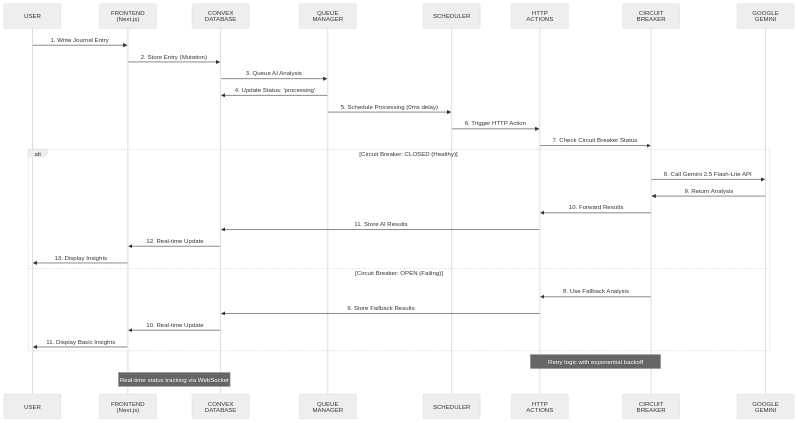
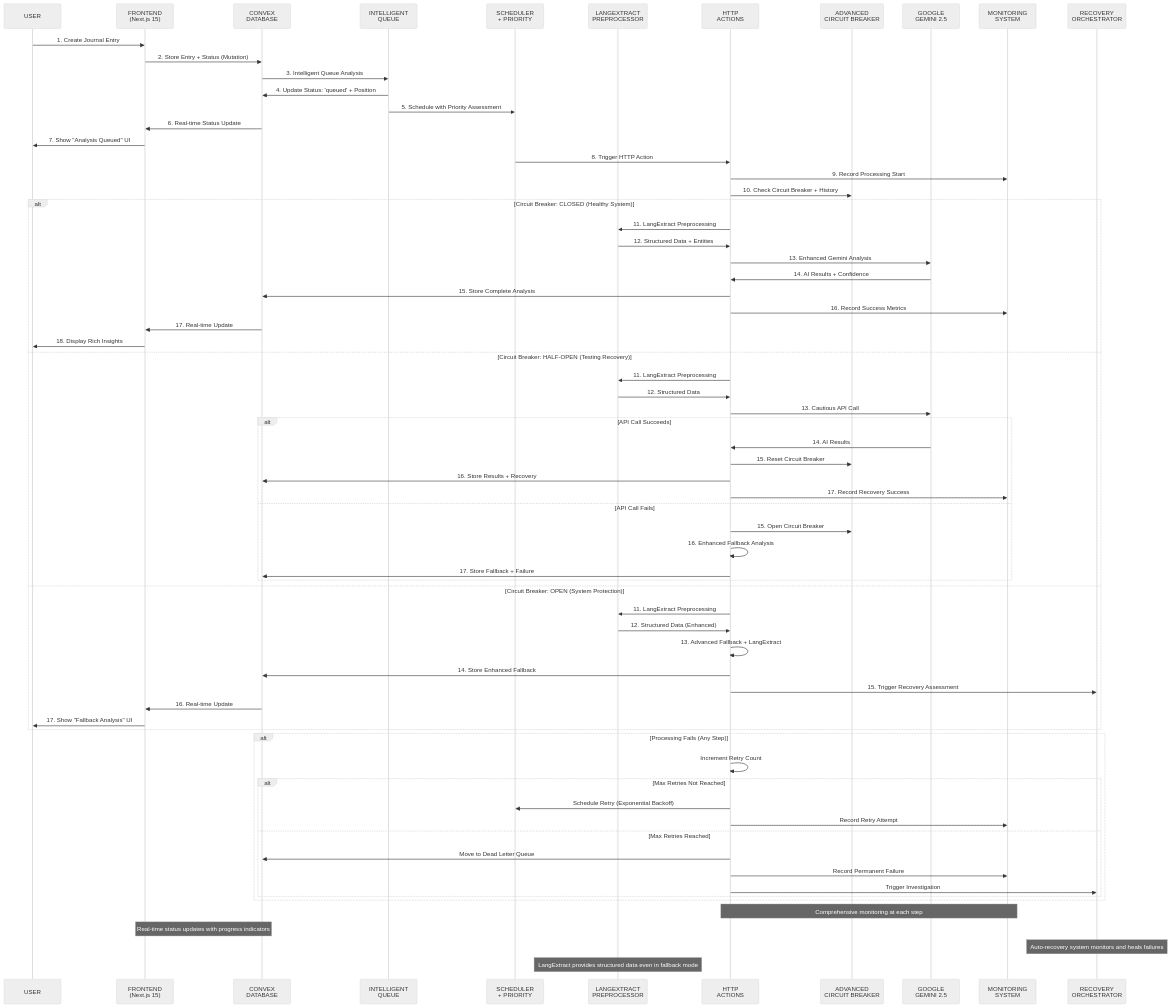
Before and after one commit to tcynic/resonant: the second of 10 diagrams in docs/architecture/system-architecture.md, drawn with Mermaid (neutral theme). The commit also changed other lines of this file and 15 other files, not shown here.

First line of the commit message:
feat: Update documentation to reflect production architecture and LangExtract integration

````diff
--- a/docs/architecture/system-architecture.md
+++ b/docs/architecture/system-architecture.md
@@ -69,37 +107,76 @@
 ```mermaid
 sequenceDiagram
     participant U as USER
-    participant F as FRONTEND<br/>(Next.js)
+    participant F as FRONTEND<br/>(Next.js 15)
     participant C as CONVEX<br/>DATABASE
-    participant Q as QUEUE<br/>MANAGER
-    participant S as SCHEDULER
+    participant Q as INTELLIGENT<br/>QUEUE
+    participant S as SCHEDULER<br/>+ PRIORITY
+    participant LE as LANGEXTRACT<br/>PREPROCESSOR
     participant H as HTTP<br/>ACTIONS
-    participant CB as CIRCUIT<br/>BREAKER
-    participant G as GOOGLE<br/>GEMINI
+    participant CB as ADVANCED<br/>CIRCUIT BREAKER
+    participant G as GOOGLE<br/>GEMINI 2.5
+    participant M as MONITORING<br/>SYSTEM
+    participant R as RECOVERY<br/>ORCHESTRATOR
 
-    U->>F: 1. Write Journal Entry
-    F->>C: 2. Store Entry (Mutation)
-    C->>Q: 3. Queue AI Analysis
-    Q->>C: 4. Update Status: 'processing'
-    Q->>S: 5. Schedule Processing (0ms delay)
+    U->>F: 1. Create Journal Entry
+    F->>C: 2. Store Entry + Status (Mutation)
+    C->>Q: 3. Intelligent Queue Analysis
+    Q->>C: 4. Update Status: 'queued' + Position
+    Q->>S: 5. Schedule with Priority Assessment
+    C->>F: 6. Real-time Status Update
+    F->>U: 7. Show "Analysis Queued" UI
 
-    S->>H: 6. Trigger HTTP Action
-    H->>CB: 7. Check Circuit Breaker Status
+    S->>H: 8. Trigger HTTP Action
+    H->>M: 9. Record Processing Start
+    H->>CB: 10. Check Circuit Breaker + History
 
-    alt Circuit Breaker: CLOSED (Healthy)
-        CB->>G: 8. Call Gemini 2.5 Flash-Lite API
-        G->>CB: 9. Return Analysis
-        CB->>H: 10. Forward Results
-        H->>C: 11. Store AI Results
-        C->>F: 12. Real-time Update
-        F->>U: 13. Display Insights
-    else Circuit Breaker: OPEN (Failing)
-        CB->>H: 8. Use Fallback Analysis
-        H->>C: 9. Store Fallback Results
-        C->>F: 10. Real-time Update
-        F->>U: 11. Display Basic Insights
+    alt Circuit Breaker: CLOSED (Healthy System)
+        H->>LE: 11. LangExtract Preprocessing
+        LE->>H: 12. Structured Data + Entities
+        H->>G: 13. Enhanced Gemini Analysis
+        G->>H: 14. AI Results + Confidence
+        H->>C: 15. Store Complete Analysis
+        H->>M: 16. Record Success Metrics
+        C->>F: 17. Real-time Update
+        F->>U: 18. Display Rich Insights
+    else Circuit Breaker: HALF-OPEN (Testing Recovery)
+        H->>LE: 11. LangExtract Preprocessing
+        LE->>H: 12. Structured Data
+        H->>G: 13. Cautious API Call
+        alt API Call Succeeds
+            G->>H: 14. AI Results
+            H->>CB: 15. Reset Circuit Breaker
+            H->>C: 16. Store Results + Recovery
+            H->>M: 17. Record Recovery Success
+        else API Call Fails
+            H->>CB: 15. Open Circuit Breaker
+            H->>H: 16. Enhanced Fallback Analysis
+            H->>C: 17. Store Fallback + Failure
+        end
+    else Circuit Breaker: OPEN (System Protection)
+        H->>LE: 11. LangExtract Preprocessing
+        LE->>H: 12. Structured Data (Enhanced)
+        H->>H: 13. Advanced Fallback + LangExtract
+        H->>C: 14. Store Enhanced Fallback
+        H->>R: 15. Trigger Recovery Assessment
+        C->>F: 16. Real-time Update
+        F->>U: 17. Show "Fallback Analysis" UI
     end
 
-    Note over H,CB: Retry logic with exponential backoff
-    Note over C,F: Real-time status tracking via WebSocket
+    alt Processing Fails (Any Step)
+        H->>H: Increment Retry Count
+        alt Max Retries Not Reached
+            H->>S: Schedule Retry (Exponential Backoff)
+            H->>M: Record Retry Attempt
+        else Max Retries Reached
+            H->>C: Move to Dead Letter Queue
+            H->>M: Record Permanent Failure
+            H->>R: Trigger Investigation
+        end
+    end
+
+    Note over H,M: Comprehensive monitoring at each step
+    Note over C,F: Real-time status updates with progress indicators
+    Note over R: Auto-recovery system monitors and heals failures
+    Note over LE: LangExtract provides structured data even in fallback mode
 ```
````
